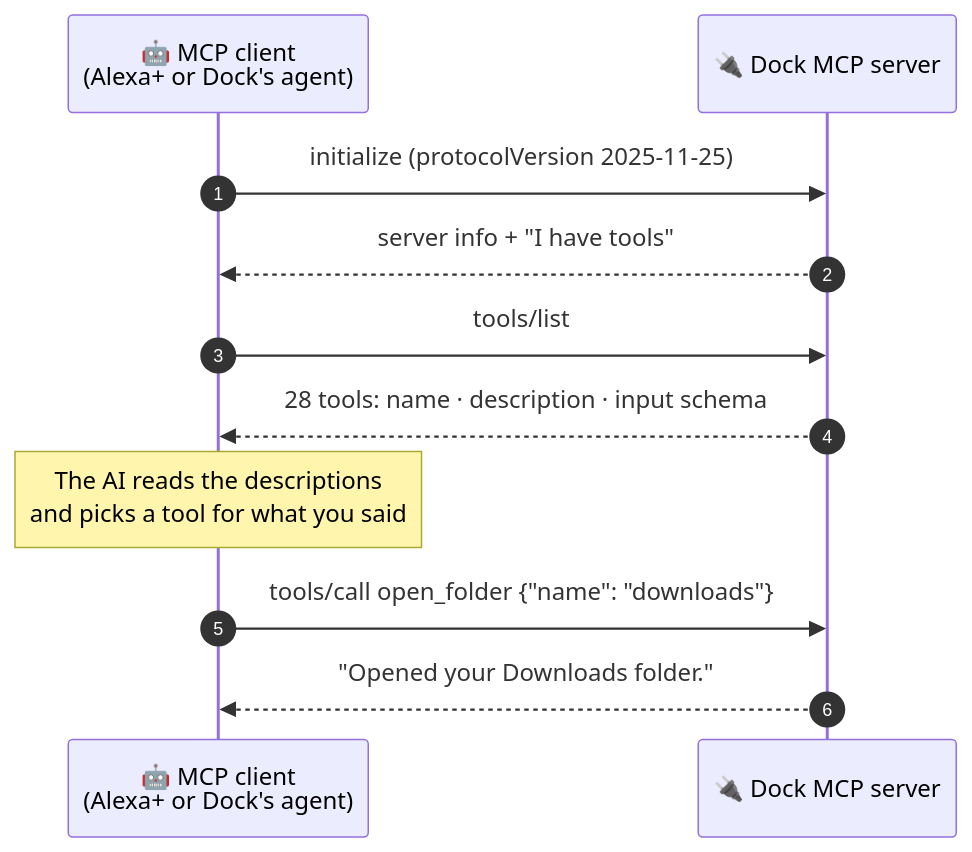
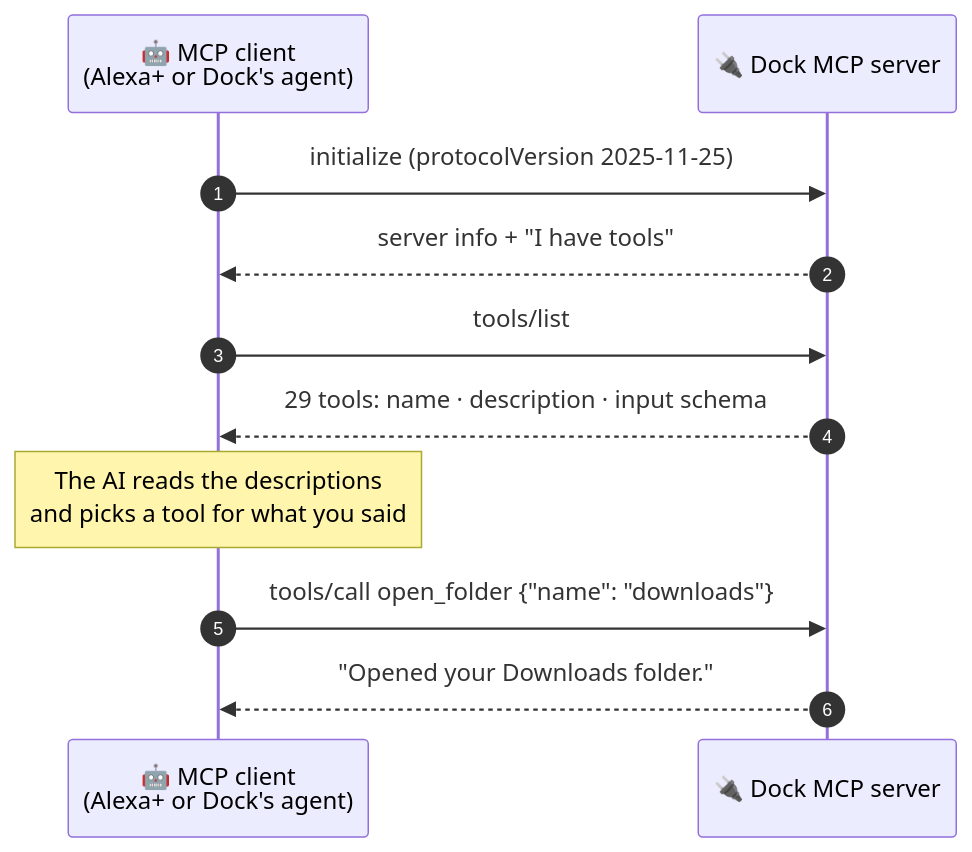
Before and after one commit to AndyHuynh24/EchoDock: the diagram in docs/diagrams/02-mcp-handshake.mmd, drawn with Mermaid. The commit also changed 116 other files, not shown here.

```diff
--- a/docs/diagrams/02-mcp-handshake.mmd
+++ b/docs/diagrams/02-mcp-handshake.mmd
@@ -1,12 +1,12 @@
 sequenceDiagram
     autonumber
     participant C as 🤖 MCP client<br/>(Alexa+ or Dock's agent)
     participant S as 🔌 Dock MCP server
 
     C->>S: initialize (protocolVersion 2025-11-25)
     S-->>C: server info + "I have tools"
     C->>S: tools/list
-    S-->>C: 28 tools: name · description · input schema
+    S-->>C: 29 tools: name · description · input schema
     Note over C: The AI reads the descriptions<br/>and picks a tool for what you said
     C->>S: tools/call open_folder {"name": "downloads"}
     S-->>C: "Opened your Downloads folder."
```
